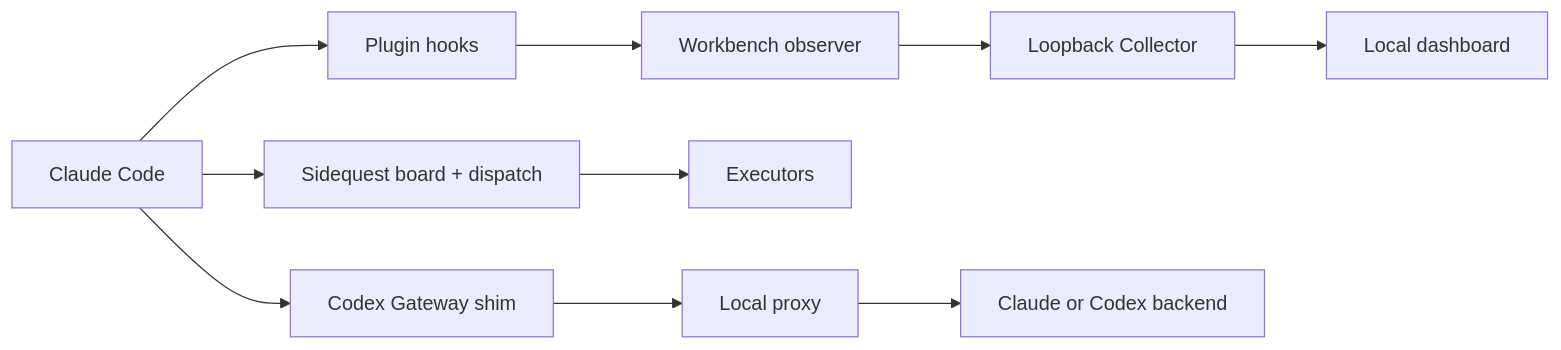
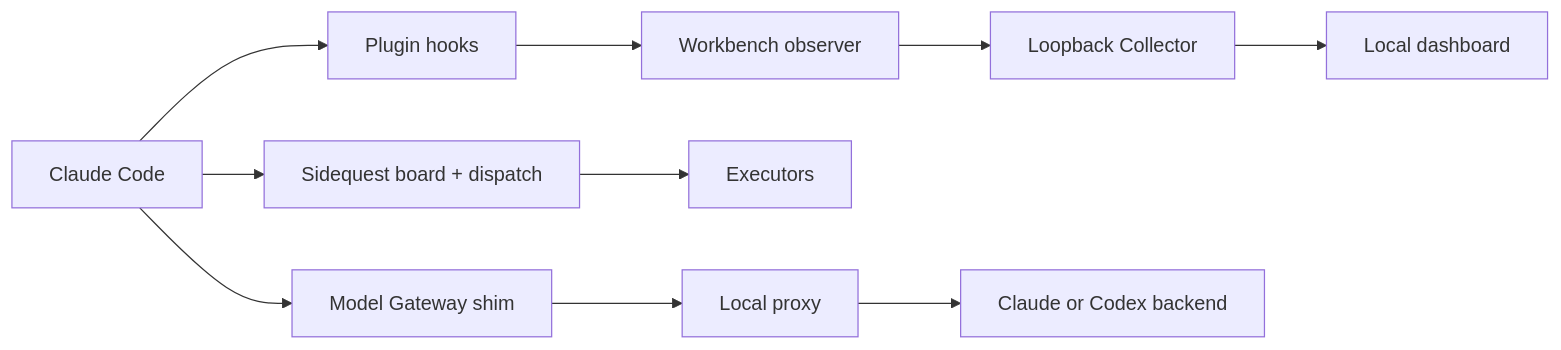
One commit to Eigenwise/eigenwise-toolshed changed the diagram in docs/src/content/docs/architecture.md. Above: the diagram before and after it, drawn with Mermaid. The commit also changed other lines of this file and 8 other files, not shown here.

````diff
--- a/docs/src/content/docs/architecture.md
+++ b/docs/src/content/docs/architecture.md
@@ -8,12 +8,12 @@
 ```mermaid
 flowchart LR
   CC[Claude Code] --> H[Plugin hooks]
   H --> O[Workbench observer]
   O --> C[Loopback Collector]
   C --> G[Local dashboard]
   CC --> S[Sidequest board + dispatch]
   S --> E[Executors]
-  CC --> W[Codex Gateway shim]
+  CC --> W[Model Gateway shim]
   W --> P[Local proxy]
   P --> API[Claude or Codex backend]
 ```
````
